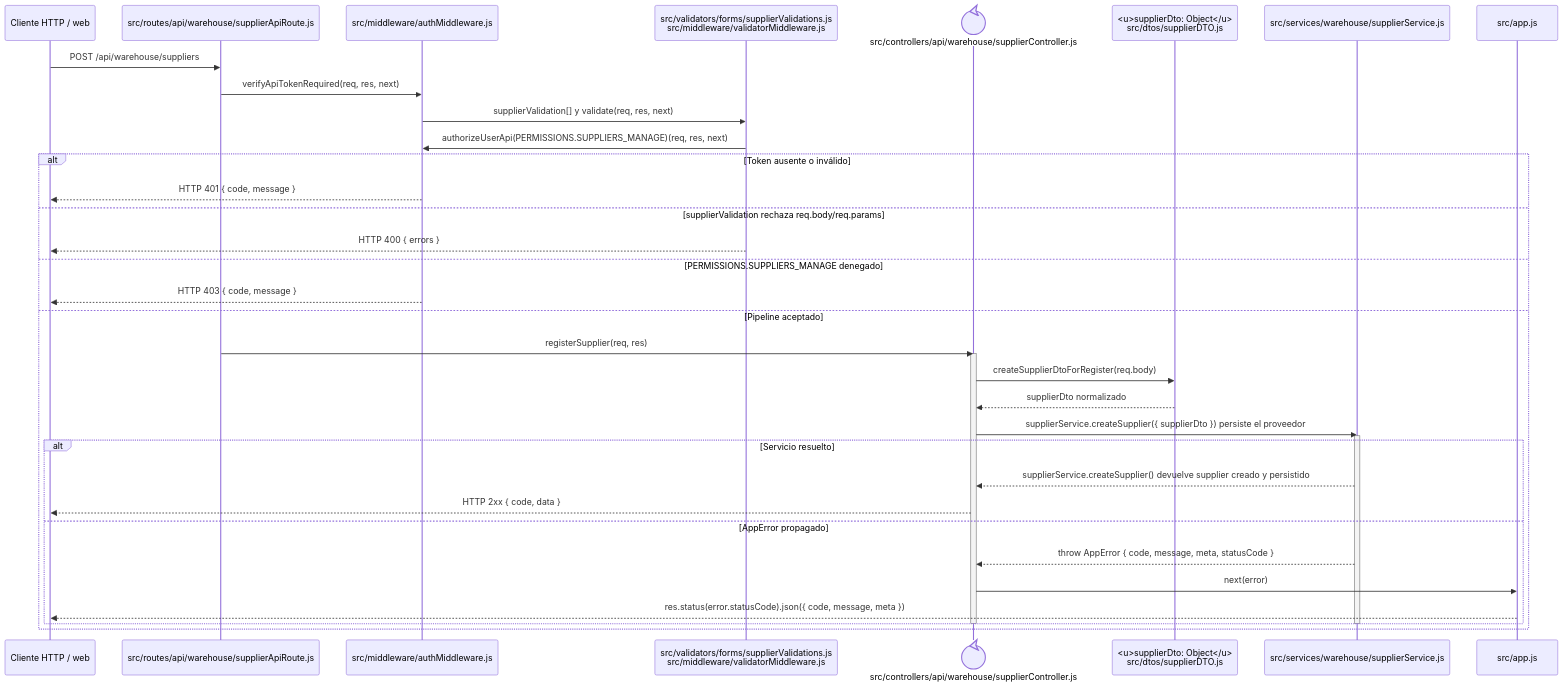
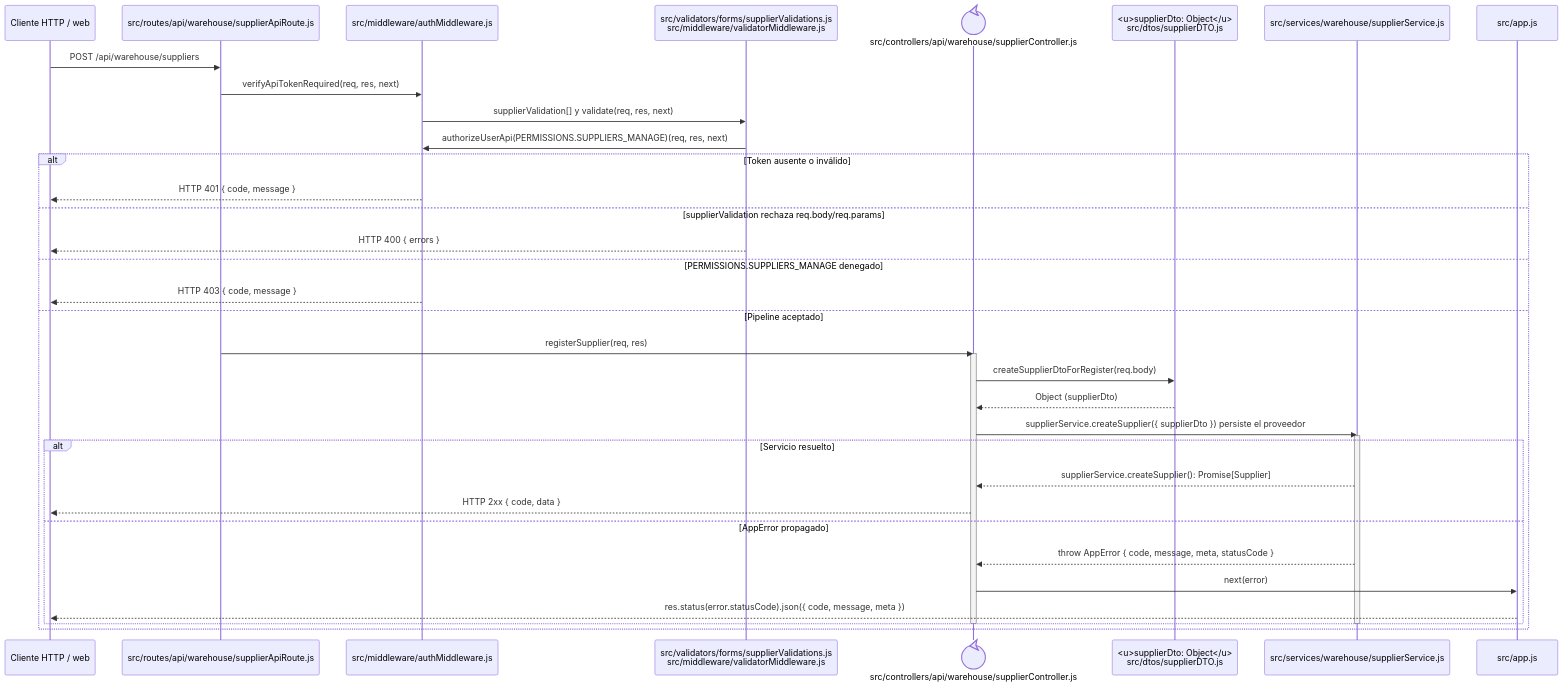
One commit to gpgsistemas01/nexus changed the diagram in docs/architecture/backend-code-sequences/catalogs/cu-cat-02.md. Above: the diagram before and after it, drawn with Mermaid. The commit also changed 146 other files, not shown here.

````diff
--- a/docs/architecture/backend-code-sequences/catalogs/cu-cat-02.md
+++ b/docs/architecture/backend-code-sequences/catalogs/cu-cat-02.md
@@ -10,40 +10,40 @@
 ```mermaid
 sequenceDiagram
     participant Client as Cliente HTTP / web
     participant Route as src/routes/api/warehouse/supplierApiRoute.js
     participant Auth as src/middleware/authMiddleware.js
     participant Validator as src/validators/forms/supplierValidations.js<br/>src/middleware/validatorMiddleware.js
     participant Controller@{ "type": "control" } as src/controllers/api/warehouse/supplierController.js
     participant SupplierDto as <u>supplierDto: Object</u><br/>src/dtos/supplierDTO.js
     participant Domain as src/services/warehouse/supplierService.js
     participant ErrorHandler as src/app.js
 
     Client->>Route: POST /api/warehouse/suppliers
     Route->>Auth: verifyApiTokenRequired(req, res, next)
     Auth->>Validator: supplierValidation[] y validate(req, res, next)
     Validator->>Auth: authorizeUserApi(PERMISSIONS.SUPPLIERS_MANAGE)(req, res, next)
     alt Token ausente o inválido
         Auth-->>Client: HTTP 401 { code, message }
     else supplierValidation rechaza req.body/req.params
         Validator-->>Client: HTTP 400 { errors }
     else PERMISSIONS.SUPPLIERS_MANAGE denegado
         Auth-->>Client: HTTP 403 { code, message }
     else Pipeline aceptado
         Route->>Controller: registerSupplier(req, res)
         activate Controller
         Controller->>SupplierDto: createSupplierDtoForRegister(req.body)
-        SupplierDto-->>Controller: supplierDto normalizado
+        SupplierDto-->>Controller: Object (supplierDto)
         Controller->>Domain: supplierService.createSupplier({ supplierDto }) persiste el proveedor
         activate Domain
         alt Servicio resuelto
-            Domain-->>Controller: supplierService.createSupplier() devuelve supplier creado y persistido
+            Domain-->>Controller: supplierService.createSupplier(): Promise[Supplier]
             Controller-->>Client: HTTP 2xx { code, data }
         else AppError propagado
             Domain-->>Controller: throw AppError { code, message, meta, statusCode }
             Controller->>ErrorHandler: next(error)
             ErrorHandler-->>Client: res.status(error.statusCode).json({ code, message, meta })
         end
         deactivate Domain
         deactivate Controller
     end
 ```
````
